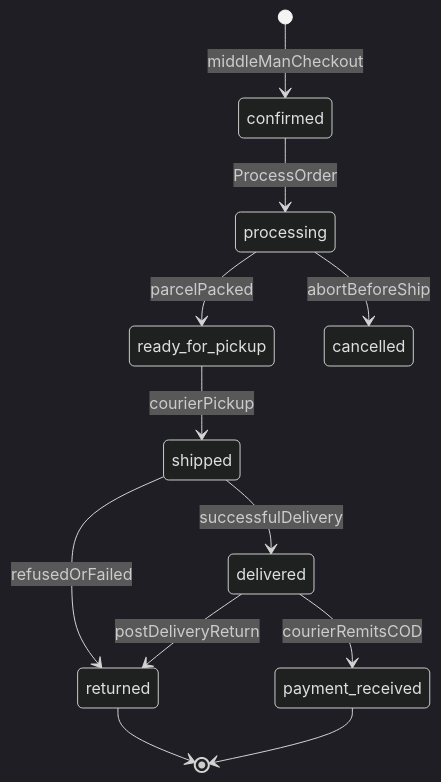
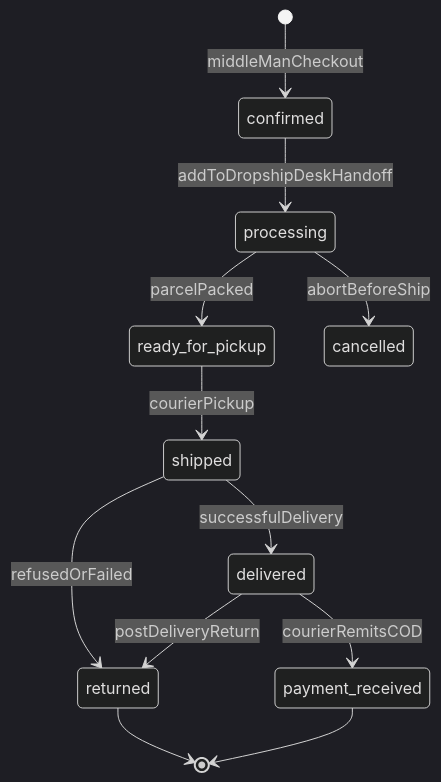
The third of 4 diagrams in doc/SHOP_ORDER_DROPSHIP.md (david-git-2/brandwala-wholesale-quasar-v2), drawn with Mermaid (dark theme) before and after one commit. The commit also changed other lines of this file and 63 other files, not shown here.

````diff
--- a/doc/SHOP_ORDER_DROPSHIP.md
+++ b/doc/SHOP_ORDER_DROPSHIP.md
@@ -196,14 +196,14 @@
 ```mermaid
 stateDiagram-v2
   [*] --> confirmed: middleManCheckout
-  confirmed --> processing: ProcessOrder
+  confirmed --> processing: addToDropshipDeskHandoff
   processing --> ready_for_pickup: parcelPacked
   ready_for_pickup --> shipped: courierPickup
   shipped --> delivered: successfulDelivery
   shipped --> returned: refusedOrFailed
   delivered --> payment_received: courierRemitsCOD
   delivered --> returned: postDeliveryReturn
   processing --> cancelled: abortBeforeShip
   returned --> [*]
   payment_received --> [*]
 ```
````
